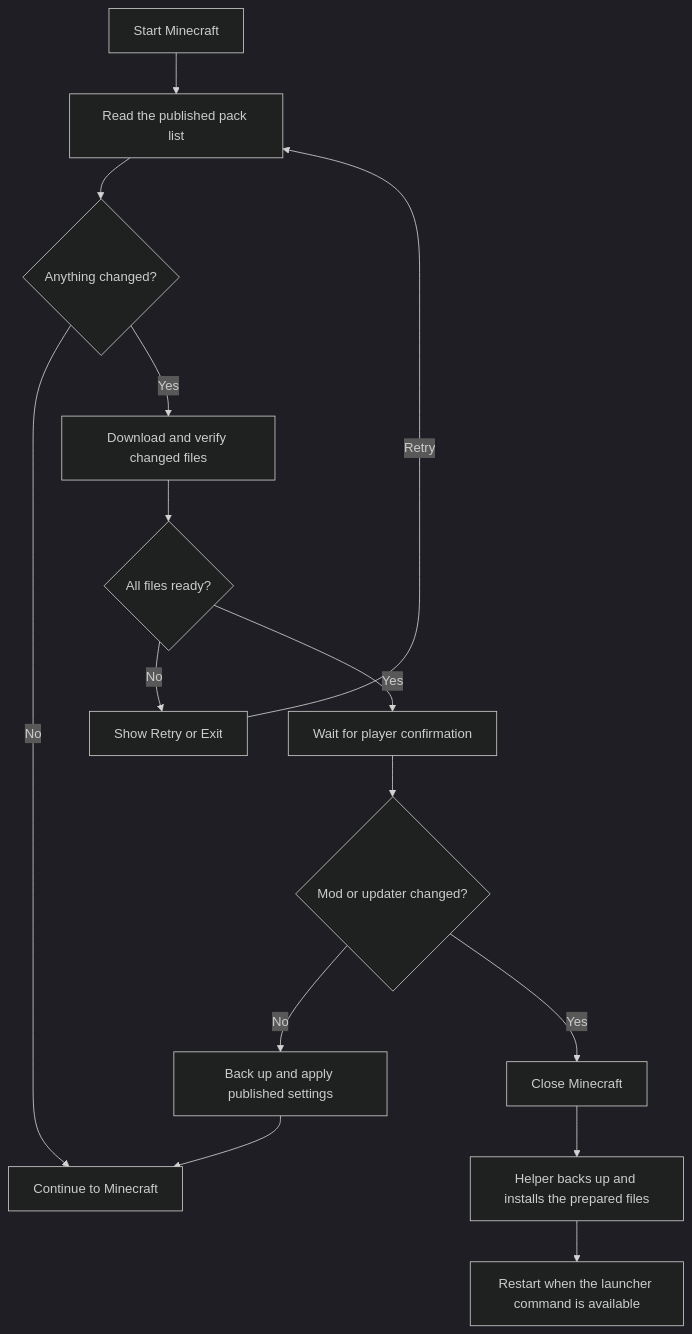
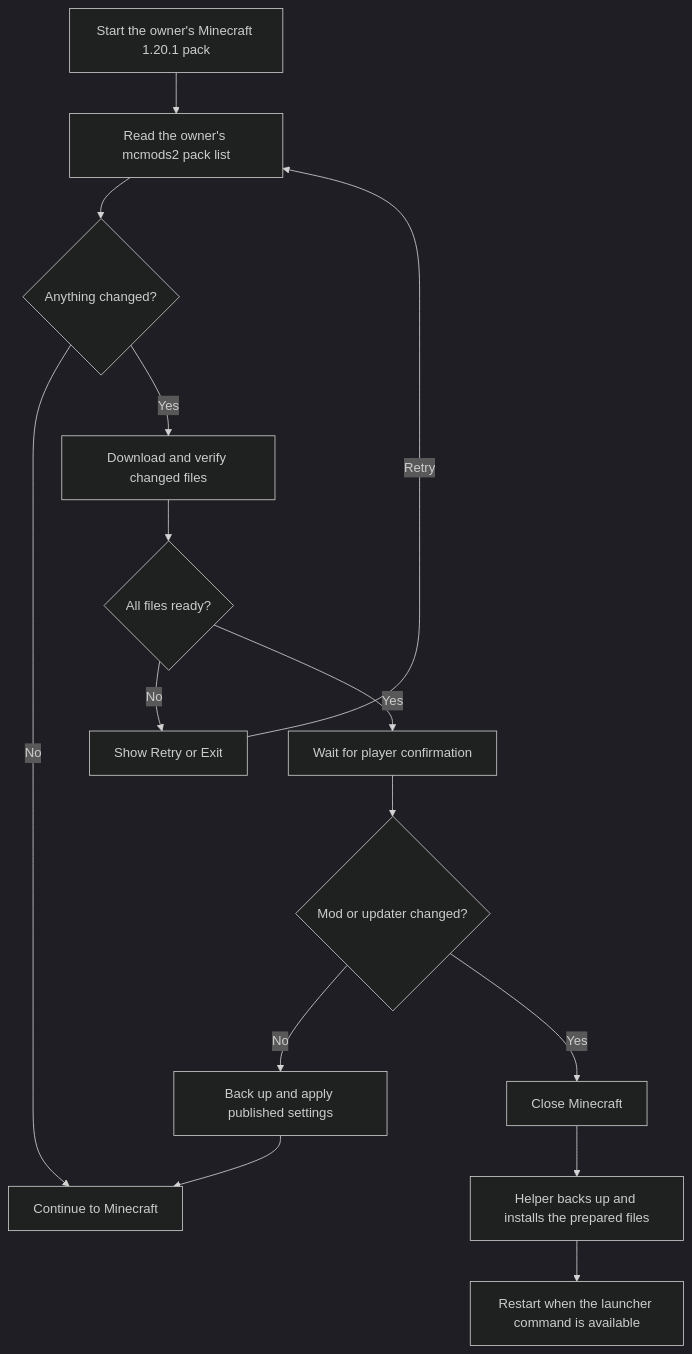
Before and after one commit to veyndor1/AutoModUpdater: the first of 2 diagrams in README.md, drawn with Mermaid (dark theme). The commit also changed other lines of this file and 6 other files, not shown here.

Commit message:
Clarify owner-managed mcmods2 scope and exclude Minecraft 1.12.2

````diff
--- a/README.md
+++ b/README.md
@@ -26,17 +36,17 @@
 ```mermaid
 flowchart TD
-    A[Start Minecraft] --> B[Read the published pack list]
+    A[Start the owner's Minecraft 1.20.1 pack] --> B[Read the owner's mcmods2 pack list]
     B --> C{Anything changed?}
     C -- No --> D[Continue to Minecraft]
     C -- Yes --> E[Download and verify changed files]
     E --> F{All files ready?}
     F -- No --> G[Show Retry or Exit]
     G -- Retry --> B
     F -- Yes --> H[Wait for player confirmation]
     H --> I{Mod or updater changed?}
     I -- No --> J[Back up and apply published settings]
     J --> D
     I -- Yes --> K[Close Minecraft]
     K --> L[Helper backs up and installs the prepared files]
     L --> M[Restart when the launcher command is available]
 ```
````
